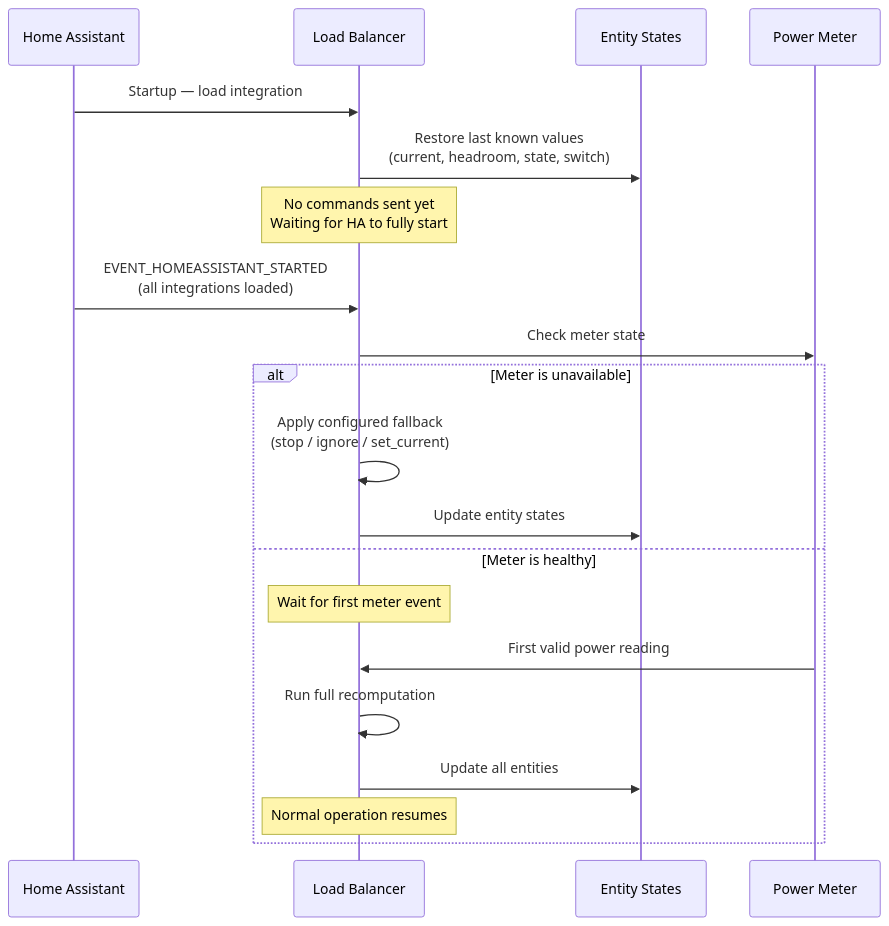
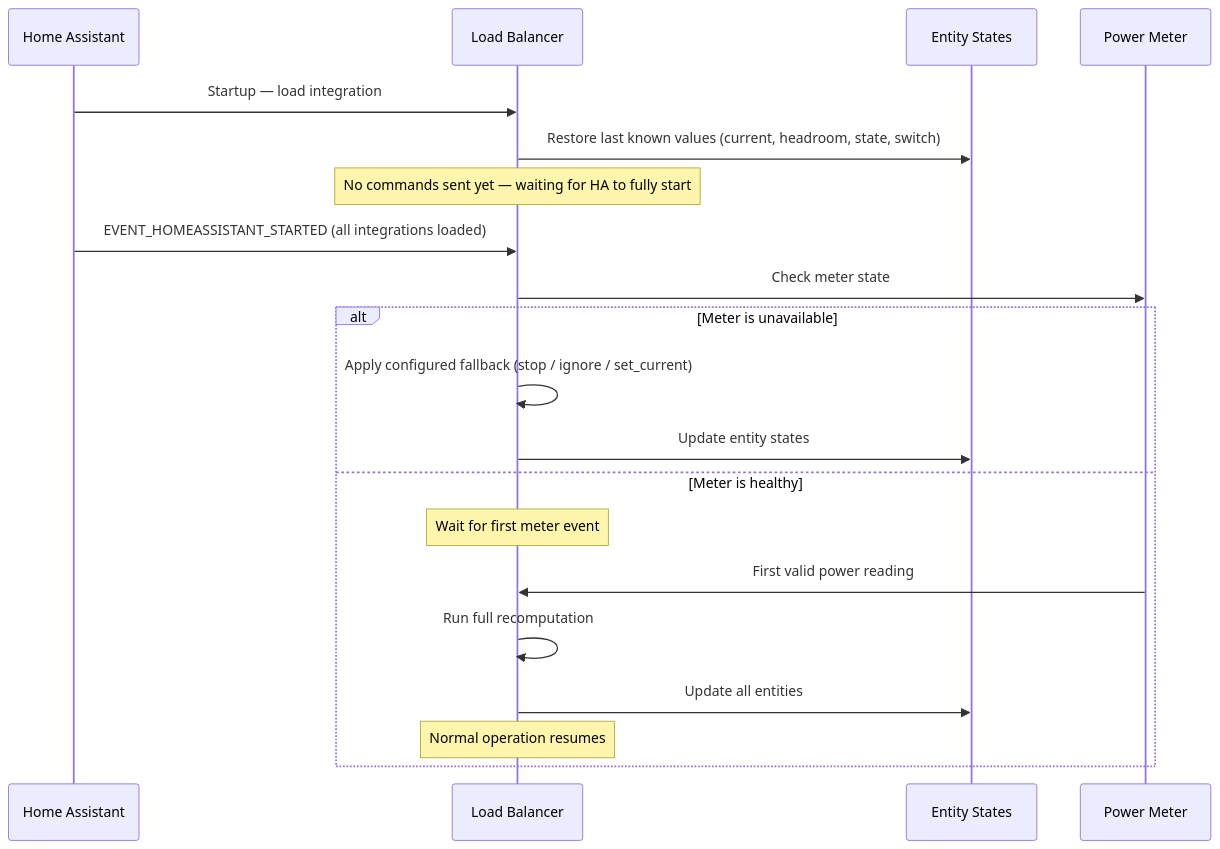
One commit to alexisml/ev-charger-load-balancing changed the sixth of 7 diagrams in docs/documentation/how-it-works.md. Above: the diagram before and after it, drawn with Mermaid. The commit also changed other lines of this file, not shown here.

Commit message:
Fix broken and fragile Mermaid diagrams in how-it-works.md (#108)

````diff
--- a/docs/documentation/how-it-works.md
+++ b/docs/documentation/how-it-works.md
@@ -491,23 +495,23 @@
 ```mermaid
 sequenceDiagram
     participant HA as Home Assistant
     participant LB as Load Balancer
     participant Sensors as Entity States
     participant Meter as Power Meter
 
     HA->>LB: Startup — load integration
-    LB->>Sensors: Restore last known values<br/>(current, headroom, state, switch)
-    Note over LB: No commands sent yet<br/>Waiting for HA to fully start
-    HA->>LB: EVENT_HOMEASSISTANT_STARTED<br/>(all integrations loaded)
+    LB->>Sensors: Restore last known values (current, headroom, state, switch)
+    Note over LB: No commands sent yet — waiting for HA to fully start
+    HA->>LB: EVENT_HOMEASSISTANT_STARTED (all integrations loaded)
     LB->>Meter: Check meter state
     alt Meter is unavailable
-        LB->>LB: Apply configured fallback<br/>(stop / ignore / set_current)
+        LB->>LB: Apply configured fallback (stop / ignore / set_current)
         LB->>Sensors: Update entity states
     else Meter is healthy
         Note over LB: Wait for first meter event
         Meter->>LB: First valid power reading
         LB->>LB: Run full recomputation
         LB->>Sensors: Update all entities
         Note over LB: Normal operation resumes
     end
 ```
````
